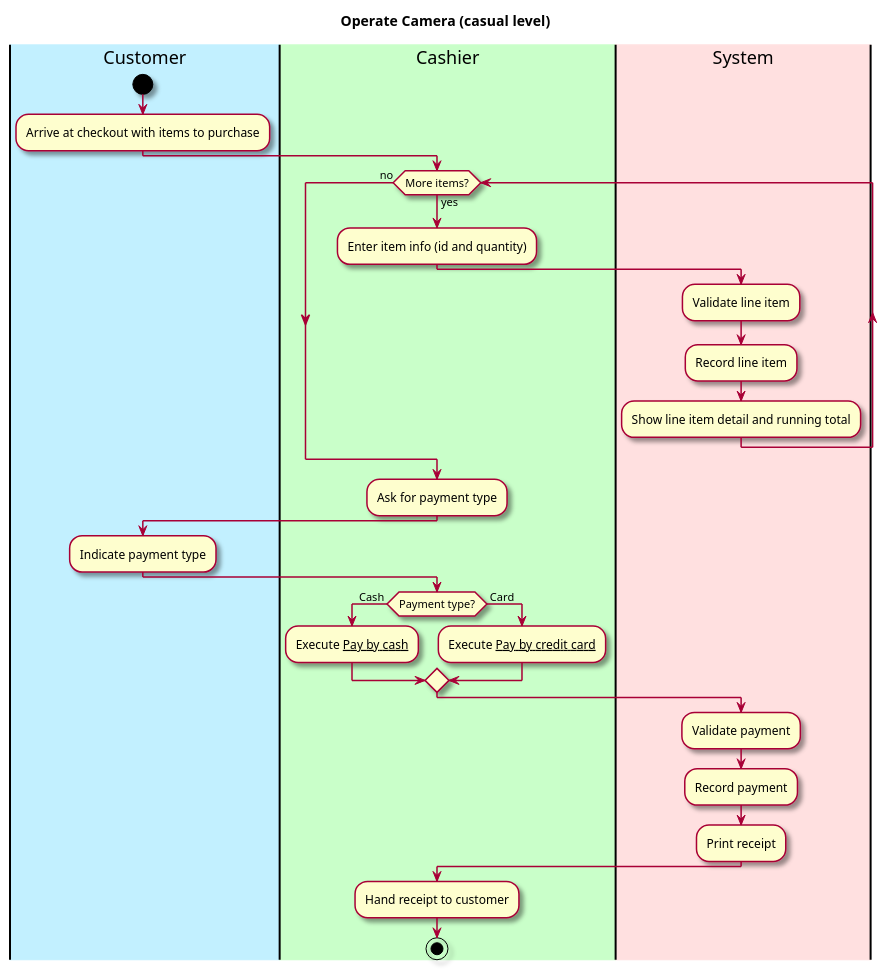
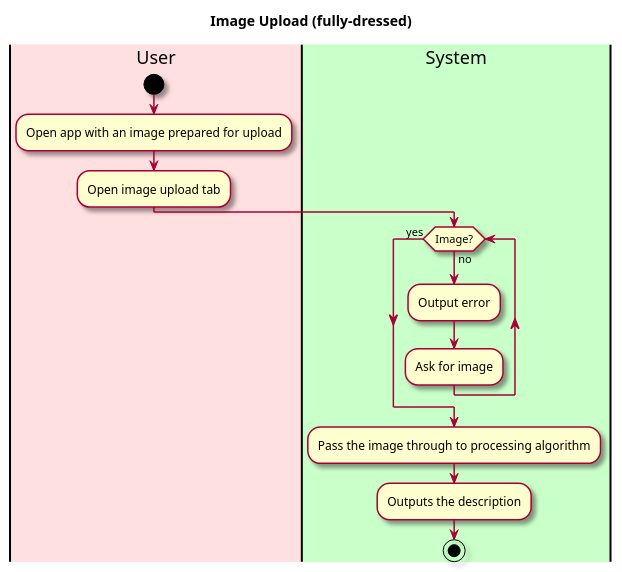
One commit to tonyh1306/OBRE-Vision-through-a-screen changed the diagram in intellij/doc/use-cases/process-image.md. Above: the diagram before and after it, drawn with PlantUML. The commit also changed other lines of this file, not shown here.

Commit message:
Adds Image Process Workflow

````diff
--- a/intellij/doc/use-cases/process-image.md
+++ b/intellij/doc/use-cases/process-image.md
@@ -39,48 +35,28 @@
 ```plantuml
 @startuml
 
 skin rose
 
-title Operate Camera (casual level)
+title Image Upload (fully-dressed)
 
 'define the lanes
-|#application|Customer|
-|#technology|Cashier|
-|#implementation|System|
+|#implementation|User|
+|#technology|System|
 
-|Customer|
+|User|
 start
-:Arrive at checkout with items to purchase;
-
-|Cashier|
-while (More items?) is (yes)
-  :Enter item info (id and quantity);
-  |System|
-  :Validate line item;
-  :Record line item;
-  :Show line item detail and running total;
-  |Cashier|
-endwhile (no)
-
-
-:Ask for payment type;
-
-|Customer|
-:Indicate payment type;
-
-|Cashier|
-if (Payment type?) is  ( Cash ) then
-:Execute __Pay by cash__;
-else ( Card ) 
-:Execute __Pay by credit card__;
-endif
+:Open app with an image prepared for upload;
+:Open image upload tab;
 
 |System|
-:Validate payment;
-:Record payment;
-:Print receipt;
-|Cashier|
-:Hand receipt to customer;
+while (Image?) is (no) 
+  :Output error;
+  :Ask for image;  
+endwhile(yes)
+
+:Pass the image through to processing algorithm;
+:Outputs the description;
+
 stop
 @enduml
 ```
````
